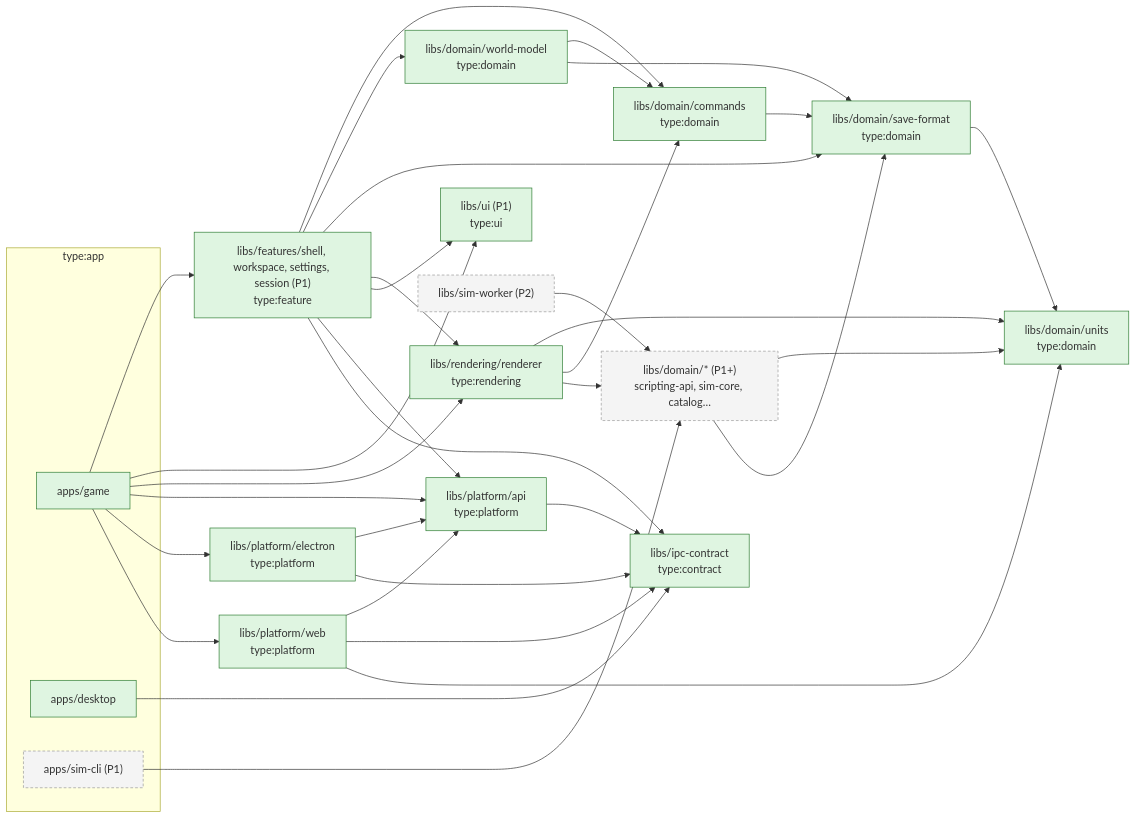
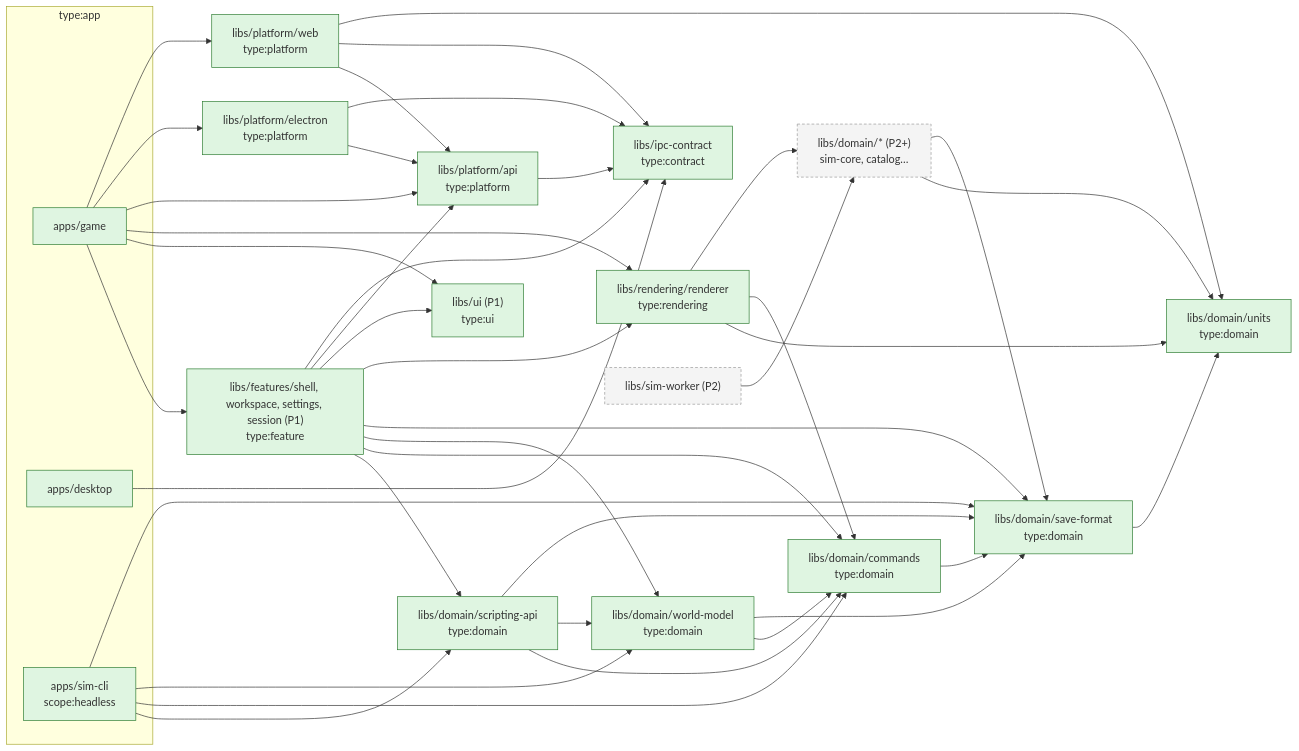
Before and after one commit to joebarbere/controls: the second of 3 diagrams in docs/architecture/overview.md, drawn with Mermaid. The commit also changed other lines of this file and 55 other files, not shown here.

First line of the commit message:
feat(scripting): F1.6 scripting API, console-line parser and sim-cli (#9)

````diff
--- a/docs/architecture/overview.md
+++ b/docs/architecture/overview.md
@@ -63,40 +65,42 @@
 ```mermaid
 flowchart LR
     classDef p0 fill:#dff5e1,stroke:#2e7d32;
     classDef later fill:#f4f4f4,stroke:#999,stroke-dasharray: 4 3;
 
     subgraph apps["type:app"]
         GAME["apps/game"]:::p0
         DESK["apps/desktop"]:::p0
-        SIMCLI["apps/sim-cli (P1)"]:::later
+        SIMCLI["apps/sim-cli<br/>scope:headless"]:::p0
     end
 
     FEAT["libs/features/shell, workspace, settings, session (P1)<br/>type:feature"]:::p0
     UI["libs/ui (P1)<br/>type:ui"]:::p0
     REND["libs/rendering/renderer<br/>type:rendering"]:::p0
     PAPI["libs/platform/api<br/>type:platform"]:::p0
     PEL["libs/platform/electron<br/>type:platform"]:::p0
     PWEB["libs/platform/web<br/>type:platform"]:::p0
     IPC["libs/ipc-contract<br/>type:contract"]:::p0
     UNITS["libs/domain/units<br/>type:domain"]:::p0
     SF["libs/domain/save-format<br/>type:domain"]:::p0
     CMDS["libs/domain/commands<br/>type:domain"]:::p0
     WM["libs/domain/world-model<br/>type:domain"]:::p0
-    DOM["libs/domain/* (P1+)<br/>scripting-api, sim-core, catalog…"]:::later
+    SAPI["libs/domain/scripting-api<br/>type:domain"]:::p0
+    DOM["libs/domain/* (P2+)<br/>sim-core, catalog…"]:::later
     WORKER["libs/sim-worker (P2)"]:::later
 
     GAME --> FEAT & UI & REND & PAPI & PEL & PWEB
     DESK --> IPC
-    SIMCLI --> DOM
-    FEAT --> CMDS & WM & SF & REND & UI & PAPI & IPC
+    SIMCLI --> SAPI & CMDS & WM & SF
+    FEAT --> SAPI & CMDS & WM & SF & REND & UI & PAPI & IPC
     REND --> UNITS & CMDS & DOM
     PAPI --> IPC
     PEL --> PAPI & IPC
     PWEB --> PAPI & IPC & UNITS
     WORKER --> DOM
     DOM --> UNITS
     SF --> UNITS
     CMDS --> SF
     WM --> CMDS & SF
+    SAPI --> CMDS & WM & SF
     DOM --> SF
 ```
````
